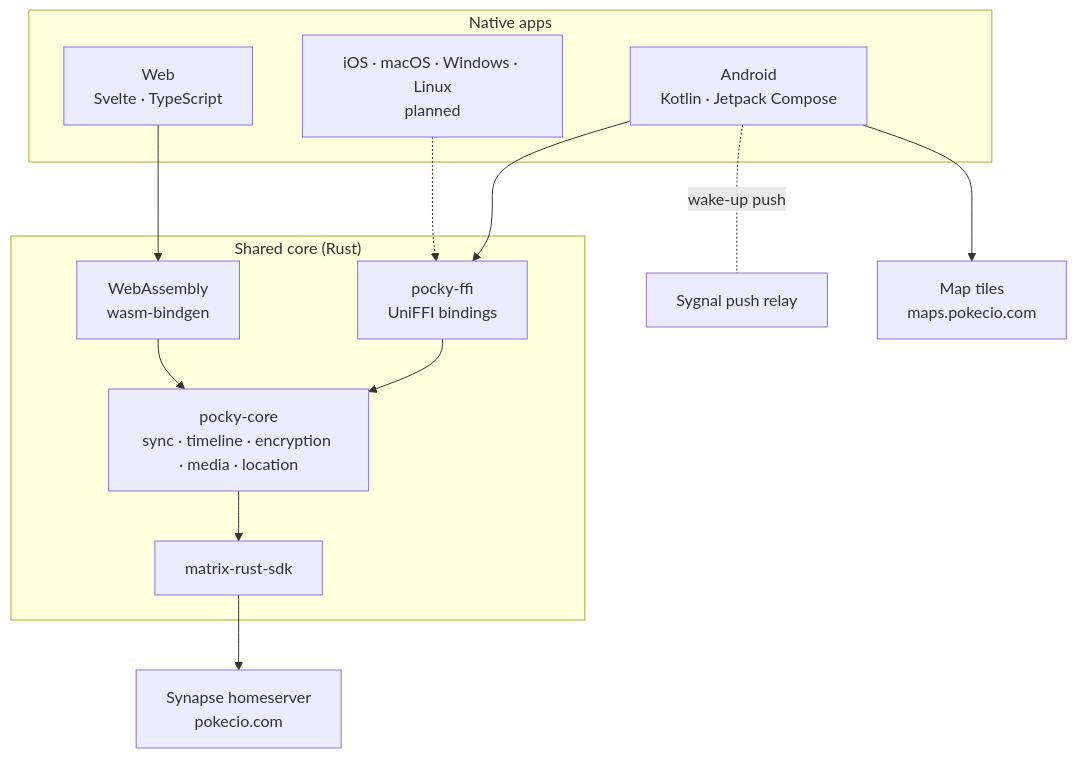
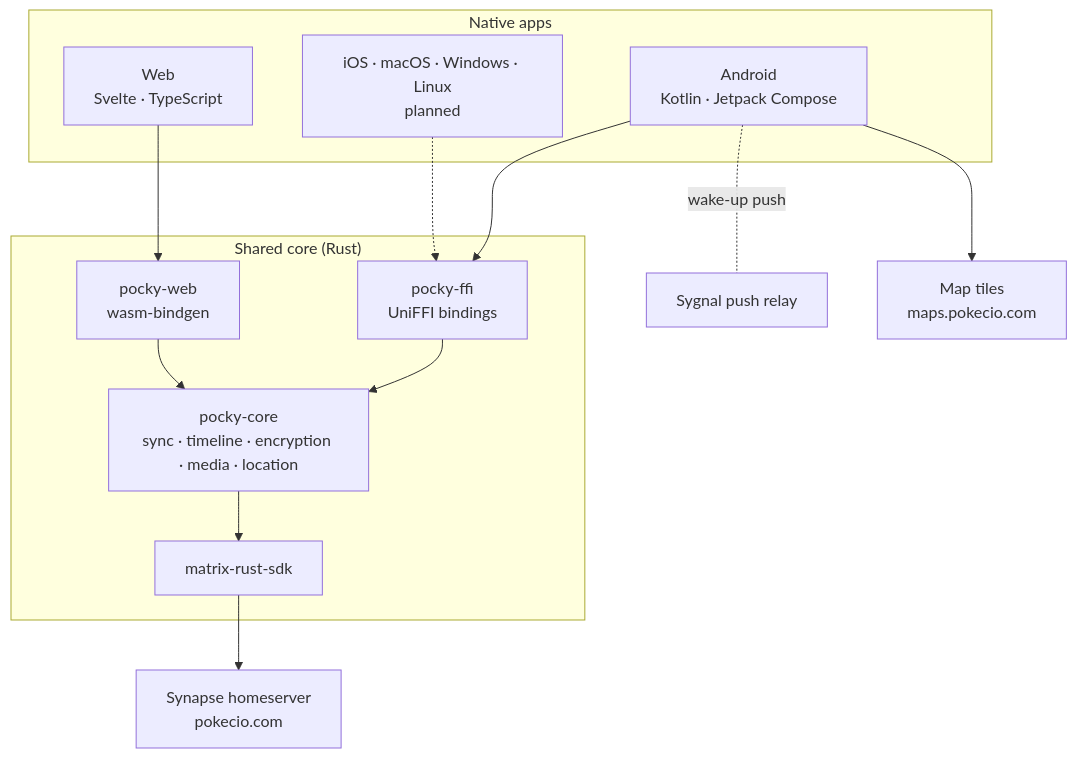
The diagram in README.md (eHappyCZ/PockyAPP), drawn with Mermaid before and after one commit. The commit also changed other lines of this file and 90 other files, not shown here.

````diff
--- a/README.md
+++ b/README.md
@@ -68,25 +68,25 @@
 ```mermaid
 flowchart TB
     subgraph Apps["Native apps"]
         A["Android<br/>Kotlin · Jetpack Compose"]
         W["Web<br/>Svelte · TypeScript"]
         P["iOS · macOS · Windows · Linux<br/>planned"]
     end
 
     subgraph Core["Shared core (Rust)"]
         FFI["pocky-ffi<br/>UniFFI bindings"]
-        WEB["WebAssembly<br/>wasm-bindgen"]
+        WEB["pocky-web<br/>wasm-bindgen"]
         C["pocky-core<br/>sync · timeline · encryption · media · location"]
         SDK["matrix-rust-sdk"]
     end
 
     A --> FFI
     P -.-> FFI
     W --> WEB
     FFI --> C
     WEB --> C
     C --> SDK
     SDK --> HS["Synapse homeserver<br/>pokecio.com"]
     A -. wake-up push .- PUSH["Sygnal push relay"]
     A --> MAP["Map tiles<br/>maps.pokecio.com"]
 ```
````
